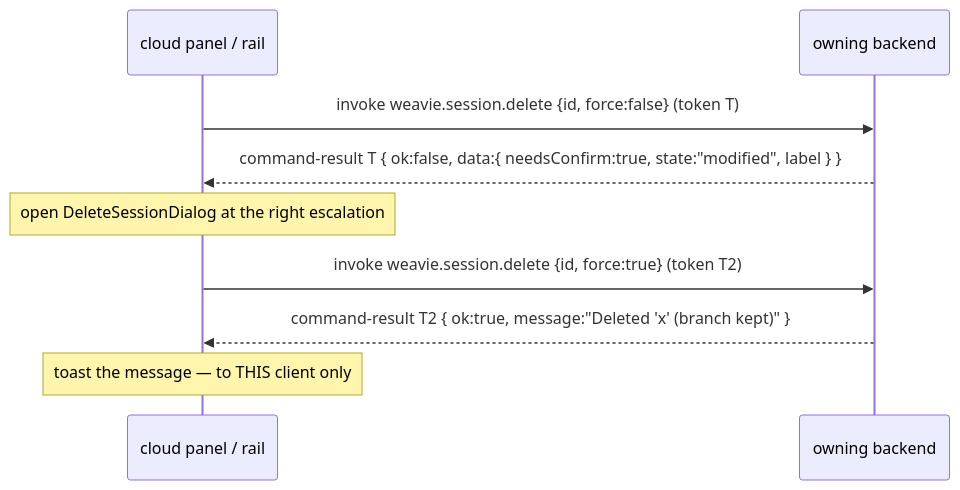
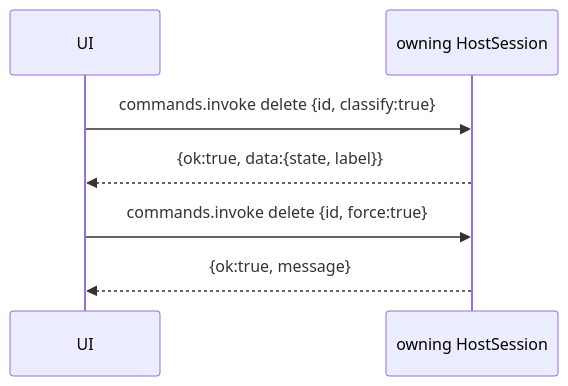
The diagram in docs/specs/command-responses.md (Kapps/weavie), drawn with Mermaid before and after one commit. The commit also changed other lines of this file and 302 other files, not shown here.

Commit message:
Replace ambient routing with session-owned message buses

````diff
--- a/docs/specs/command-responses.md
+++ b/docs/specs/command-responses.md
@@ -142,11 +69,9 @@
 ```mermaid
 sequenceDiagram
-    participant UI as cloud panel / rail
-    participant Host as owning backend
-    UI->>Host: invoke weavie.session.delete {id, force:false} (token T)
-    Host-->>UI: command-result T { ok:false, data:{ needsConfirm:true, state:"modified", label } }
-    Note over UI: open DeleteSessionDialog at the right escalation
-    UI->>Host: invoke weavie.session.delete {id, force:true} (token T2)
-    Host-->>UI: command-result T2 { ok:true, message:"Deleted 'x' (branch kept)" }
-    Note over UI: toast the message — to THIS client only
+    participant UI
+    participant H as owning HostSession
+    UI->>H: commands.invoke delete {id, classify:true}
+    H-->>UI: {ok:true, data:{state, label}}
+    UI->>H: commands.invoke delete {id, force:true}
+    H-->>UI: {ok:true, message}
 ```
````
